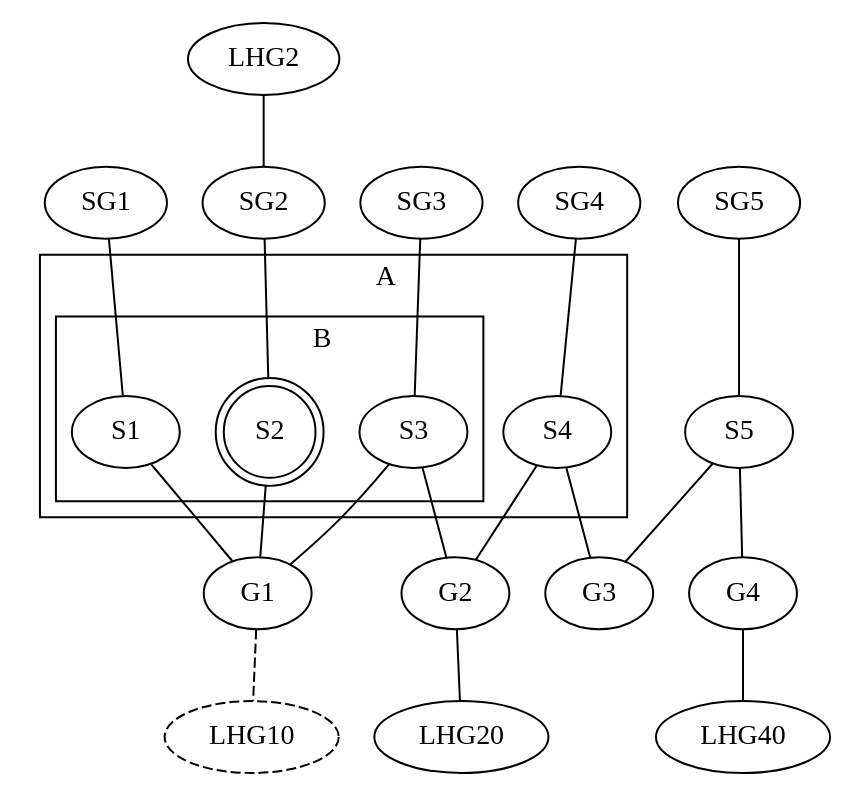
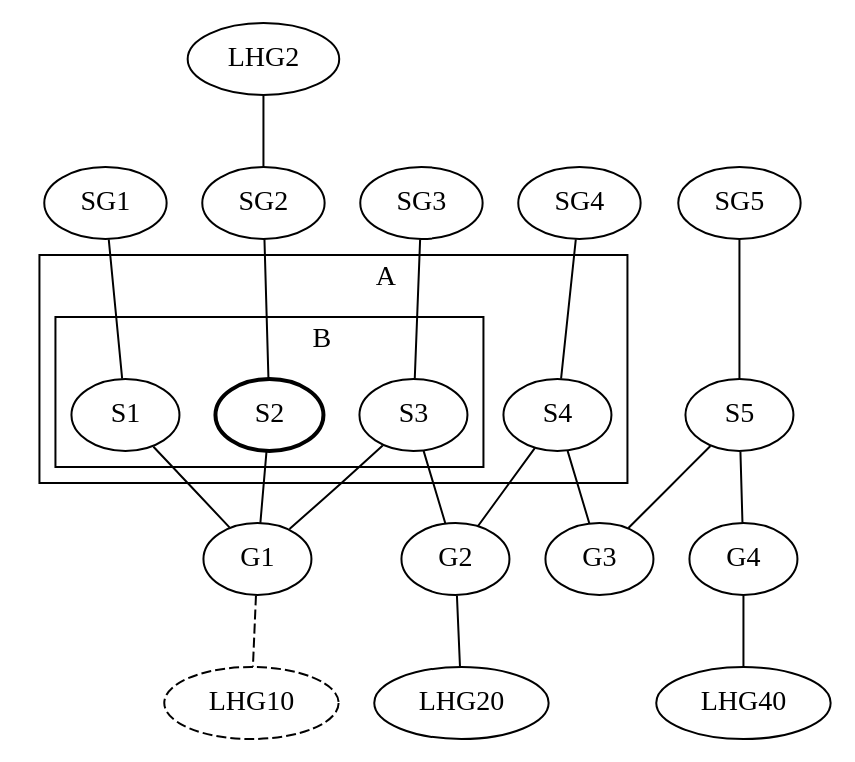
One commit to water/resources changed the diagram in report/fig/labgroup/strict_proof.dot. Above: the diagram before and after it, drawn with Graphviz. The commit also changed 1 other file, not shown here.

Commit message:
Bold rather than double circle on active student

```diff
--- a/report/fig/labgroup/strict_proof.dot
+++ b/report/fig/labgroup/strict_proof.dot
@@ -1,47 +1,47 @@
 graph G {
   /* Startgroups and it's repos */
   SG1 -- S1
   LHG2  -- SG2
   SG2 -- S2
   SG3 -- S3
   SG4 -- S4
   SG5 -- S5
 
   /* Labgroups */
   S1 -- G1
   S2 -- G1
   S3 -- G1
 
   S3 -- G2
   S4 -- G2
 
   S4 -- G3
   S5 -- G3
 
   S5 -- G4
   
   /* The sets A and B */
   subgraph cluster_A {
     S1
     S2
     S3
     S4
     label = "                A"
 
     subgraph cluster_B {
       S1
       S2
       S3
       label = "                B"
     }
   }
 
   /* Repos */
   G1 -- LHG10 [style=dashed]
   G2 -- LHG20
   G4 -- LHG40
 
   /* Bonus properties */ 
-  S2 [shape = doublecircle] 
+  S2 [style = bold] 
   LHG10 [style=dashed]
 }
```
